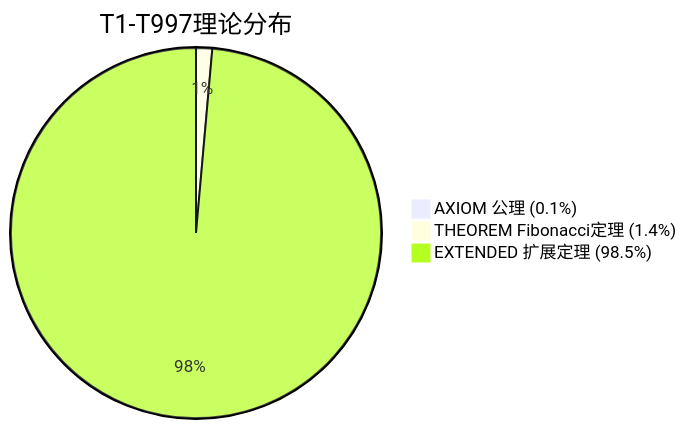
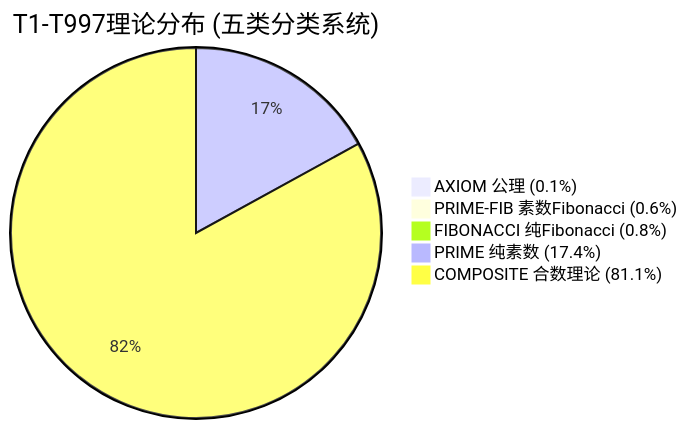
One commit to loning/mbook-binary changed the first of 7 diagrams in src/bdag/theories/index.md. Above: the diagram before and after it, drawn with Mermaid. The commit also changed other lines of this file and 15 other files, not shown here.

````diff
--- a/src/bdag/theories/index.md
+++ b/src/bdag/theories/index.md
@@ -11,6 +11,8 @@
 ```mermaid
-pie title T1-T997理论分布
+pie title T1-T997理论分布 (五类分类系统)
     "AXIOM 公理 (0.1%)" : 1
-    "THEOREM Fibonacci定理 (1.4%)" : 14
-    "EXTENDED 扩展定理 (98.5%)" : 982
+    "PRIME-FIB 素数Fibonacci (0.6%)" : 6
+    "FIBONACCI 纯Fibonacci (0.8%)" : 8
+    "PRIME 纯素数 (17.4%)" : 167
+    "COMPOSITE 合数理论 (81.1%)" : 815
 ```
````
